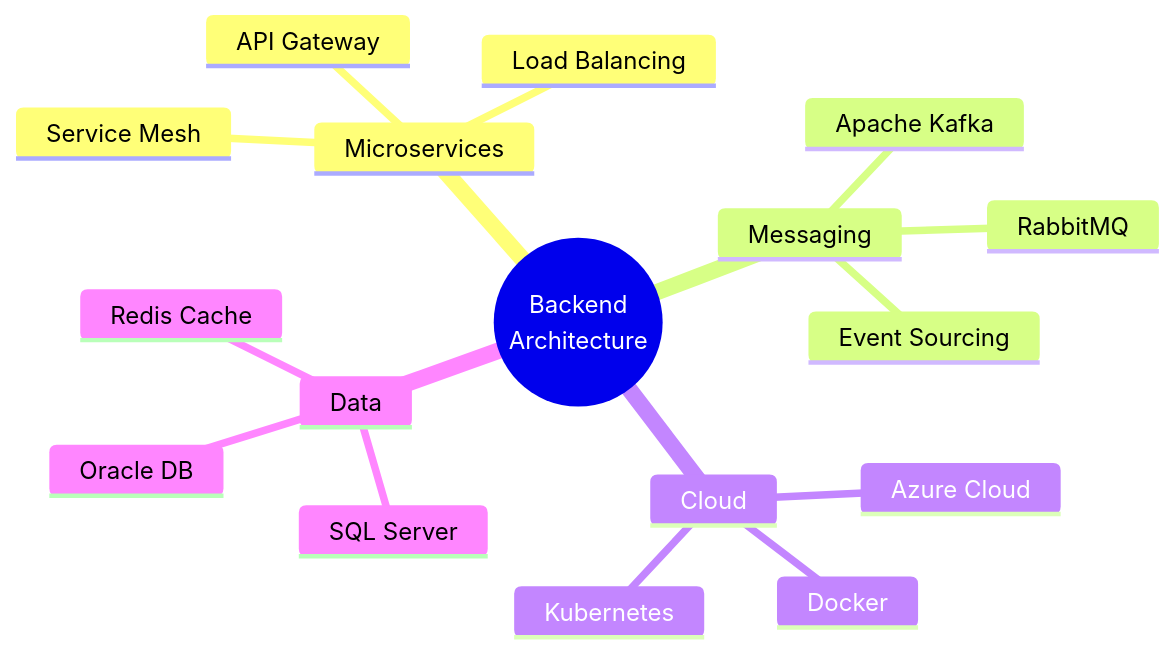
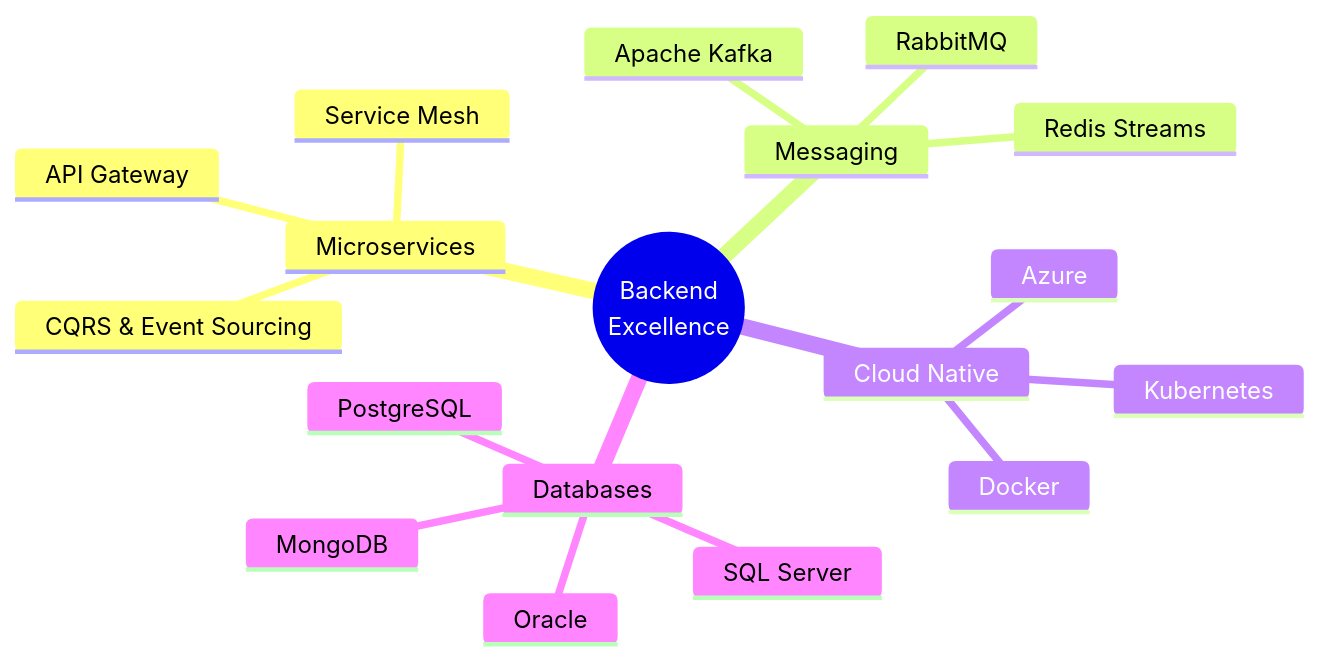
Before and after one commit to Agoudjiliss/agoudjiliss: the diagram in README.md, drawn with Mermaid. The commit also changed other lines of this file, not shown here.

````diff
--- a/README.md
+++ b/README.md
@@ -80,20 +52,21 @@
 ```mermaid
 mindmap
-  root((Backend<br/>Architecture))
+  root((Backend<br/>Excellence))
     Microservices
+      API Gateway
       Service Mesh
-      API Gateway
-      Load Balancing
+      CQRS & Event Sourcing
     Messaging
       Apache Kafka
       RabbitMQ
-      Event Sourcing
-    Cloud
-      Azure Cloud
+      Redis Streams
+    Cloud Native
+      Azure
       Kubernetes
       Docker
-    Data
+    Databases
       SQL Server
-      Oracle DB
-      Redis Cache
+      Oracle
+      PostgreSQL
+      MongoDB
 ```
````
